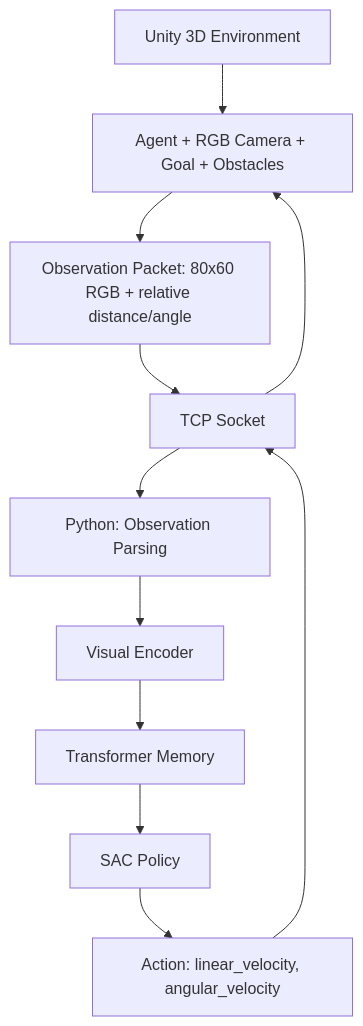
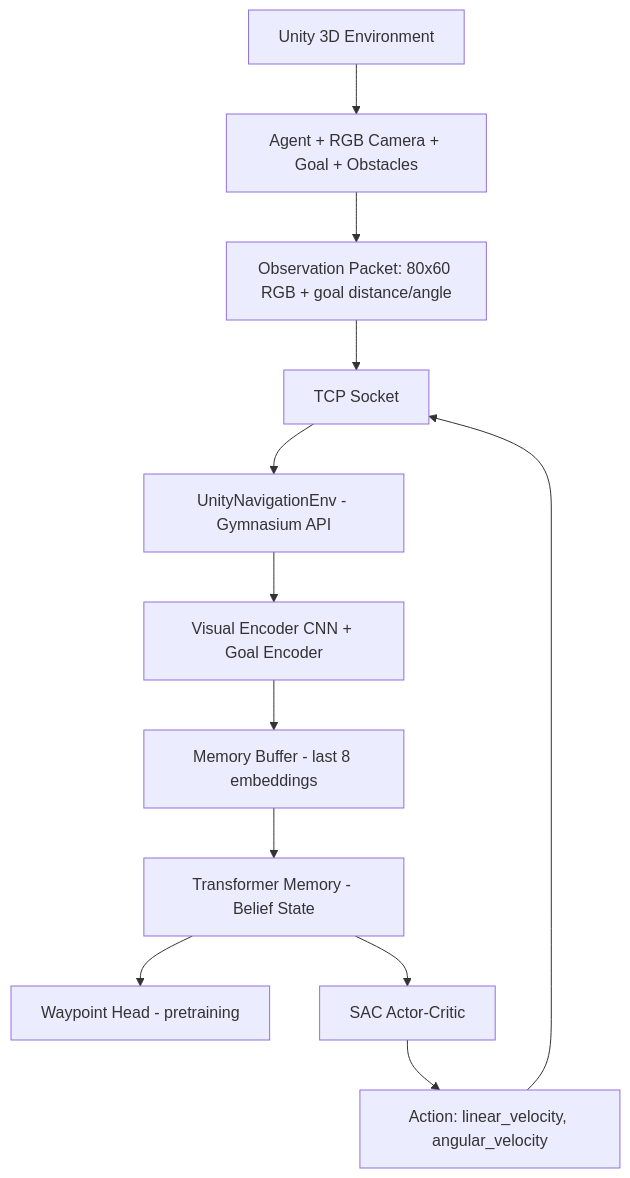
The diagram in README.md (SaynaSarvar/transformer-memory-visual-navigation), drawn with Mermaid before and after one commit. The commit also changed other lines of this file, not shown here.

````diff
--- a/README.md
+++ b/README.md
@@ -71,13 +151,14 @@
 ```mermaid
 flowchart TD
     U1[Unity 3D Environment] --> U2[Agent + RGB Camera + Goal + Obstacles]
-    U2 --> U3[Observation Packet: 80x60 RGB + relative distance/angle]
+    U2 --> U3[Observation Packet: 80x60 RGB + goal distance/angle]
     U3 --> U4[TCP Socket]
-    U4 --> P1[Python: Observation Parsing]
-    P1 --> P2[Visual Encoder]
-    P2 --> P3[Transformer Memory]
-    P3 --> P4[SAC Policy]
-    P4 --> P5[Action: linear_velocity, angular_velocity]
-    P5 --> U4
-    U4 --> U2
+    U4 --> P1[UnityNavigationEnv - Gymnasium API]
+    P1 --> P2[Visual Encoder CNN + Goal Encoder]
+    P2 --> P3[Memory Buffer - last 8 embeddings]
+    P3 --> P4[Transformer Memory - Belief State]
+    P4 --> P6[Waypoint Head - pretraining]
+    P4 --> P5[SAC Actor-Critic]
+    P5 --> P7[Action: linear_velocity, angular_velocity]
+    P7 --> U4
 ```
````
